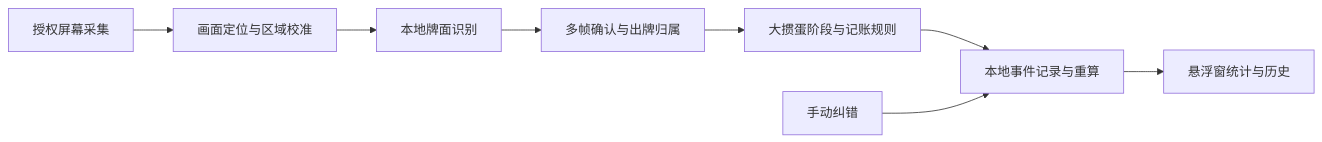
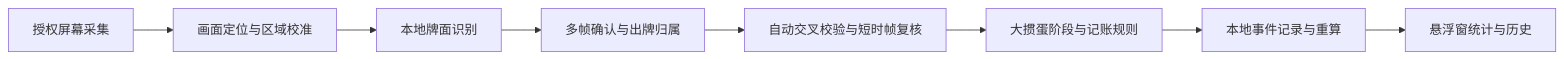
Before and after one commit to cyotun/JPQ: the diagram in docs/design/technical-plan.md, drawn with Mermaid. The commit also changed other lines of this file and 25 other files, not shown here.

````diff
--- a/docs/design/technical-plan.md
+++ b/docs/design/technical-plan.md
@@ -9,10 +9,10 @@
 ```mermaid
 flowchart LR
   Capture[授权屏幕采集] --> Geometry[画面定位与区域校准]
   Geometry --> Vision[本地牌面识别]
   Vision --> Events[多帧确认与出牌归属]
-  Events --> Rules[大掼蛋阶段与记账规则]
+  Validation --> Rules[大掼蛋阶段与记账规则]
   Rules --> Ledger[本地事件记录与重算]
   Ledger --> Overlay[悬浮窗统计与历史]
-  Correction[手动纠错] --> Ledger
+  Events --> Validation[自动交叉校验与短时帧复核]
 ```
````
